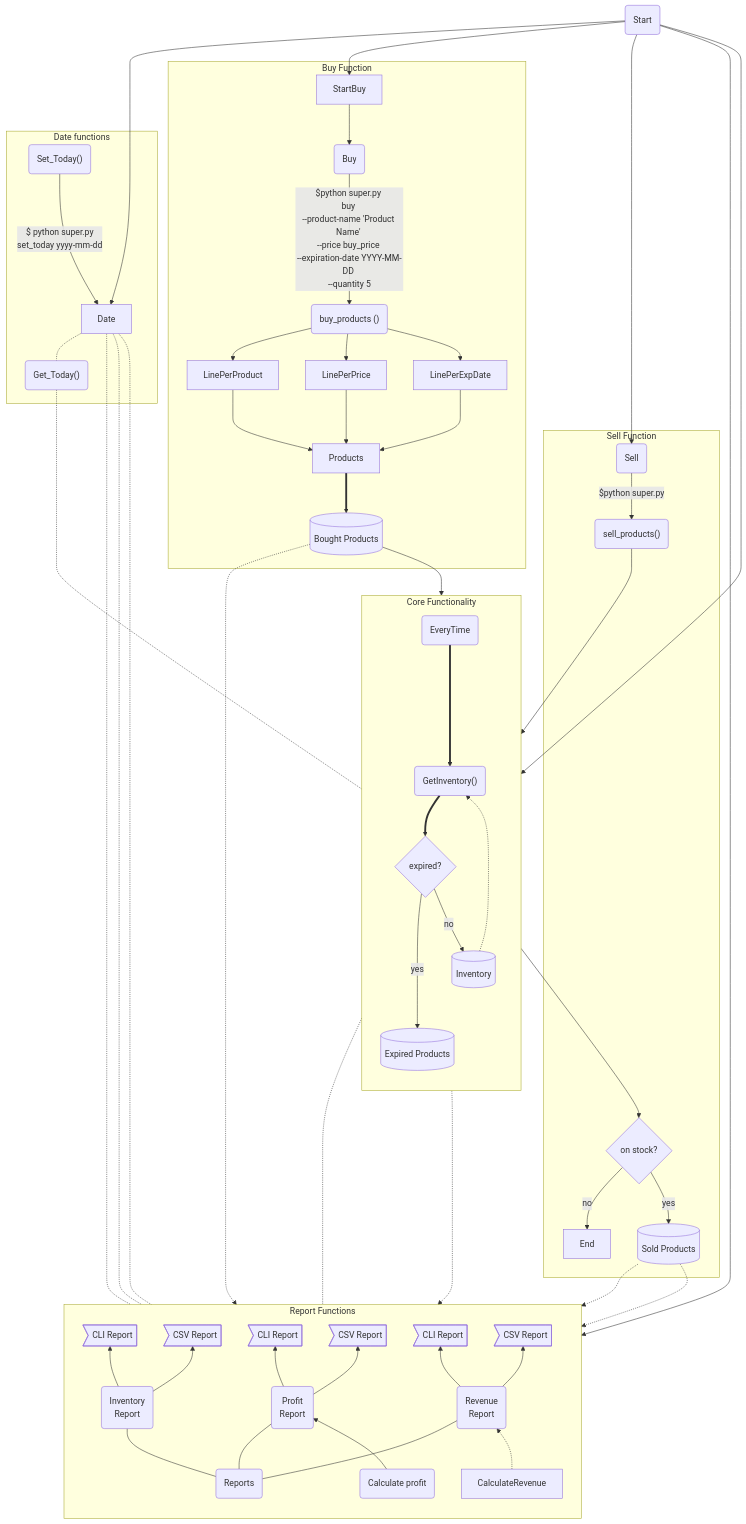
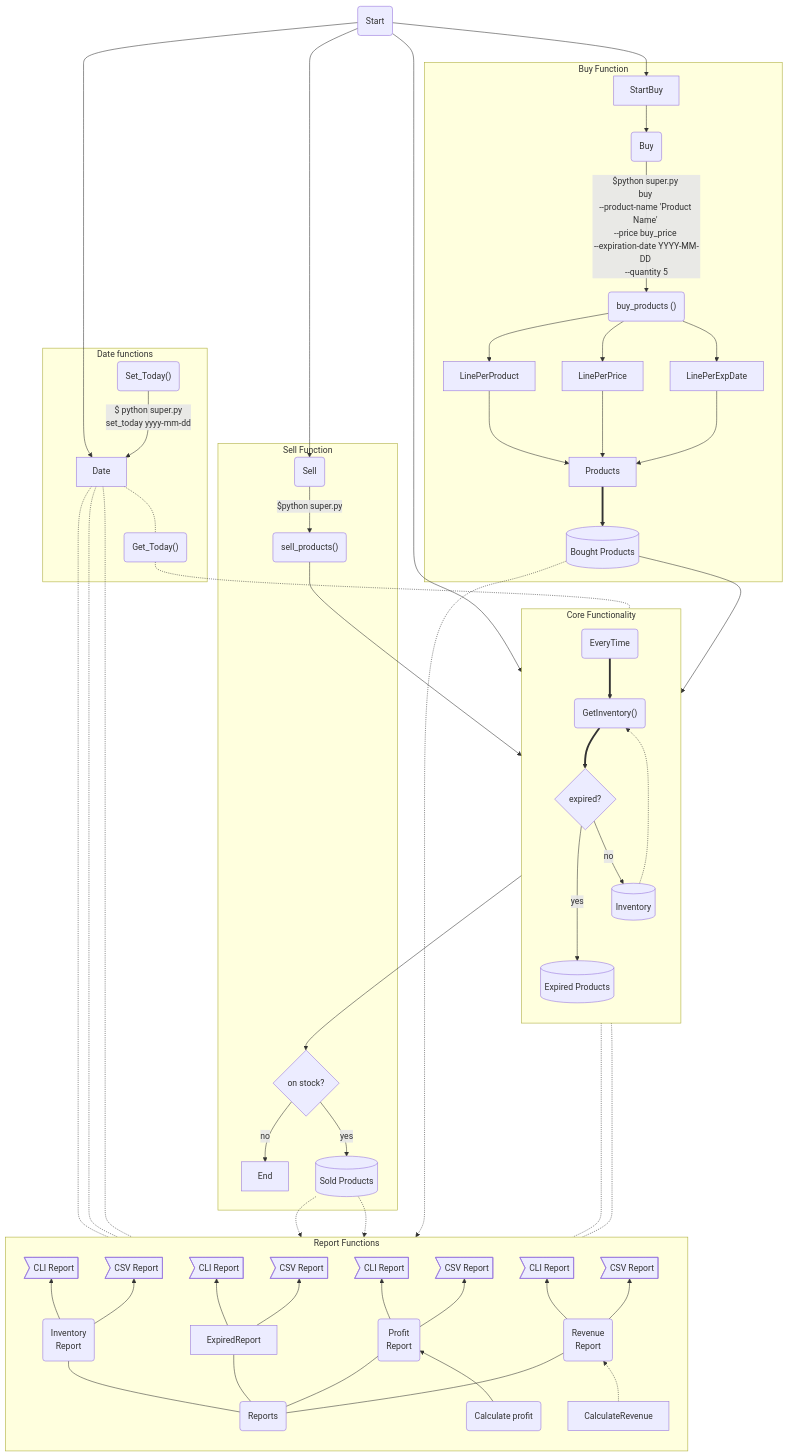
The diagram in documentation/report.md (Wolk9/SuperPy), drawn with Mermaid before and after one commit. The commit also changed other lines of this file and 18 other files, not shown here.

````diff
--- a/documentation/report.md
+++ b/documentation/report.md
@@ -18,11 +18,13 @@
 graph TB;
     
     Begin("Start")
-    Begin ----> BasicStart
-    Begin ----> Date
     Begin --> StartBuy
+    Begin ---> Date
+    Begin --> BasicStart
     Begin --> StartSell
-    Begin ----> Reports
+
+   
+    
 
     subgraph Date functions
         Date -.- GetToday
@@ -32,7 +34,7 @@
     subgraph Core Functionality
         direction TB
        
-        BasicStart ====> GetInventory
+        BasicStart ==> GetInventory
 
         GetInventory("GetInventory()")
         
@@ -40,7 +42,7 @@
 
         GetInventory ==> Expired
 
-        GetToday("Get_Today()") <-...- Expired
+        GetToday("Get_Today()") <-.- Expired
 
         Expired --->|yes| ExpiredProducts
         Expired -->|no| Inventory
@@ -96,6 +98,7 @@
         ProfitReport(Profit\nReport)
 
         Reports --- InventoryReport
+        Reports --- ExpiredReport
         Reports --- RevenueReport
         Reports --- ProfitReport
 
@@ -111,6 +114,14 @@
         Inventory_CLIReport>CLI Report]
         Inventory_CSVReport>CSV Report]
 
+        ExpiredProducts <-.- ExpiredReport
+
+        ExpiredReport --> Expired_CLIReport
+        ExpiredReport --> Expired_CSVReport
+
+        Expired_CLIReport>CLI Report]
+        Expired_CSVReport>CSV Report]
+
         Sold -.-> CalculateProfit
 
         CalculateProfit --> ProfitReport
@@ -125,7 +136,6 @@
 
         Sold -.-> CalculateRevenue
         BoughtProducts -.-> CalculateRevenue
-        ExpiredProducts -.-> CalculateRevenue
 
         CalculateRevenue -.-> RevenueReport
 
@@ -134,7 +144,8 @@
 
         Revenue_CLIReport>CLI Report]
         Revenue_CSVReport>CSV Report]
+
+
       
     end
-
 ```
````
